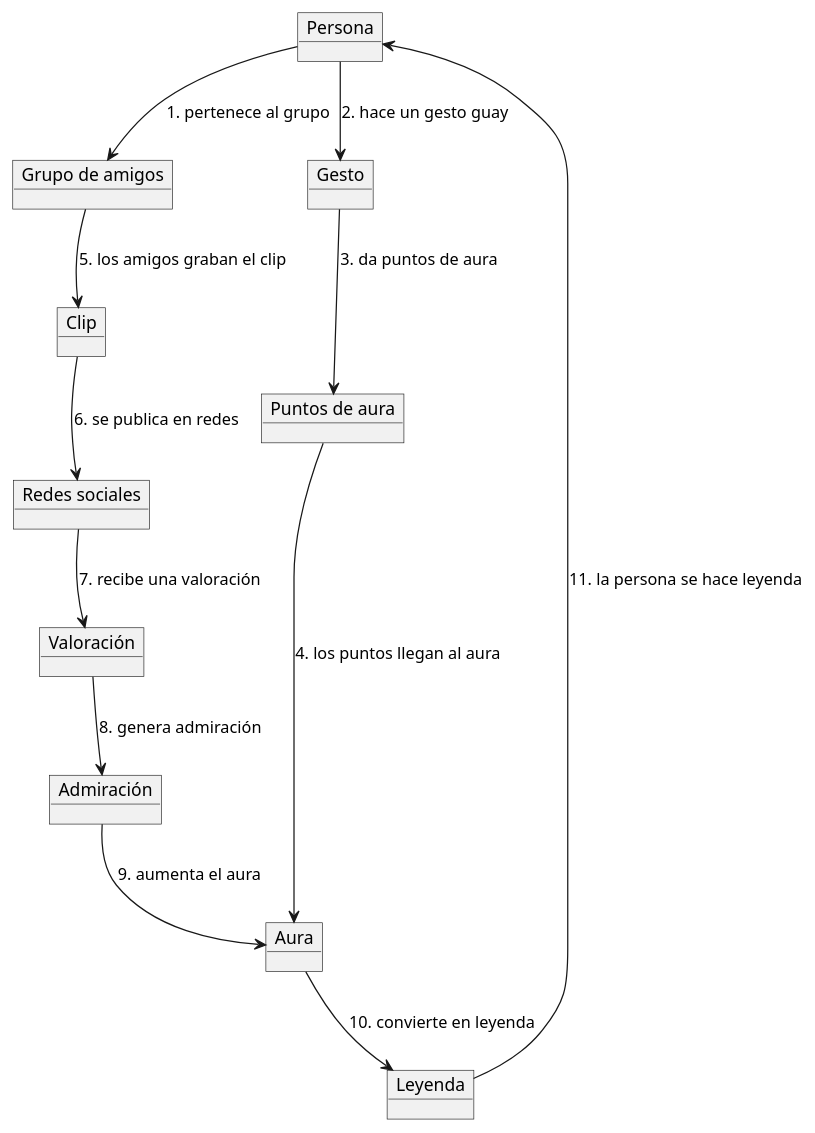
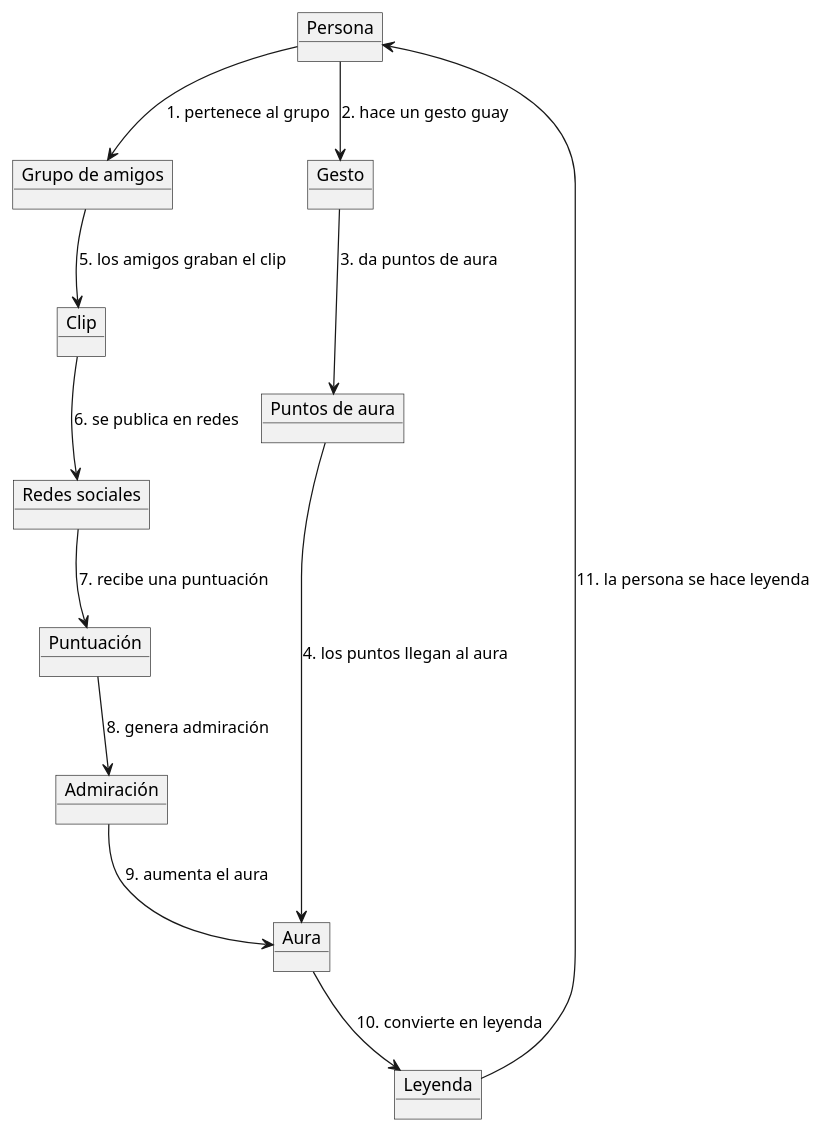
Before and after one commit to Alejandracuesta/26-27-idsw1-AC: the diagram in entregas/cuestaAlejandra/modelosUML/version4/diagramacolaboracion.puml, drawn with PlantUML. The commit also changed 18 other files, not shown here.

Commit message:
Correccion de Vocabulario de los diagramas y enlaces

```diff
--- a/entregas/cuestaAlejandra/modelosUML/version4/diagramacolaboracion.puml
+++ b/entregas/cuestaAlejandra/modelosUML/version4/diagramacolaboracion.puml
@@ -1,26 +1,26 @@
 @startuml
 
 object "Persona" as p
 object "Grupo de amigos" as g
 object "Gesto" as ge
 object "Puntos de aura" as pa
 object "Aura" as a
 object "Clip" as cl
 object "Redes sociales" as r
-object "Valoración" as v
+object "Puntuación" as v
 object "Admiración" as ad
 object "Leyenda" as l
 
 p --> g : 1. pertenece al grupo
 p --> ge : 2. hace un gesto guay
 ge --> pa : 3. da puntos de aura
 pa --> a : 4. los puntos llegan al aura
 g --> cl : 5. los amigos graban el clip
 cl --> r : 6. se publica en redes
-r --> v : 7. recibe una valoración
+r --> v : 7. recibe una puntuación
 v --> ad : 8. genera admiración
 ad --> a : 9. aumenta el aura
 a --> l : 10. convierte en leyenda
 l --> p : 11. la persona se hace leyenda
 
 @enduml
```
